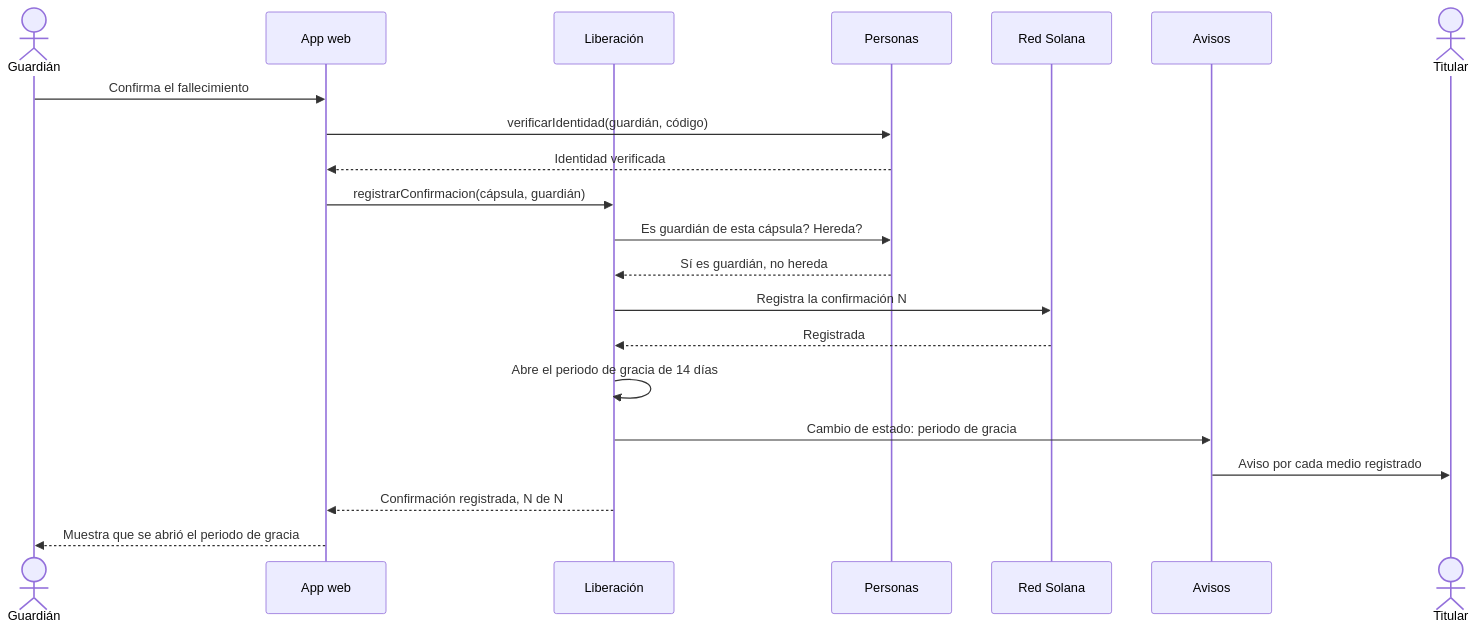
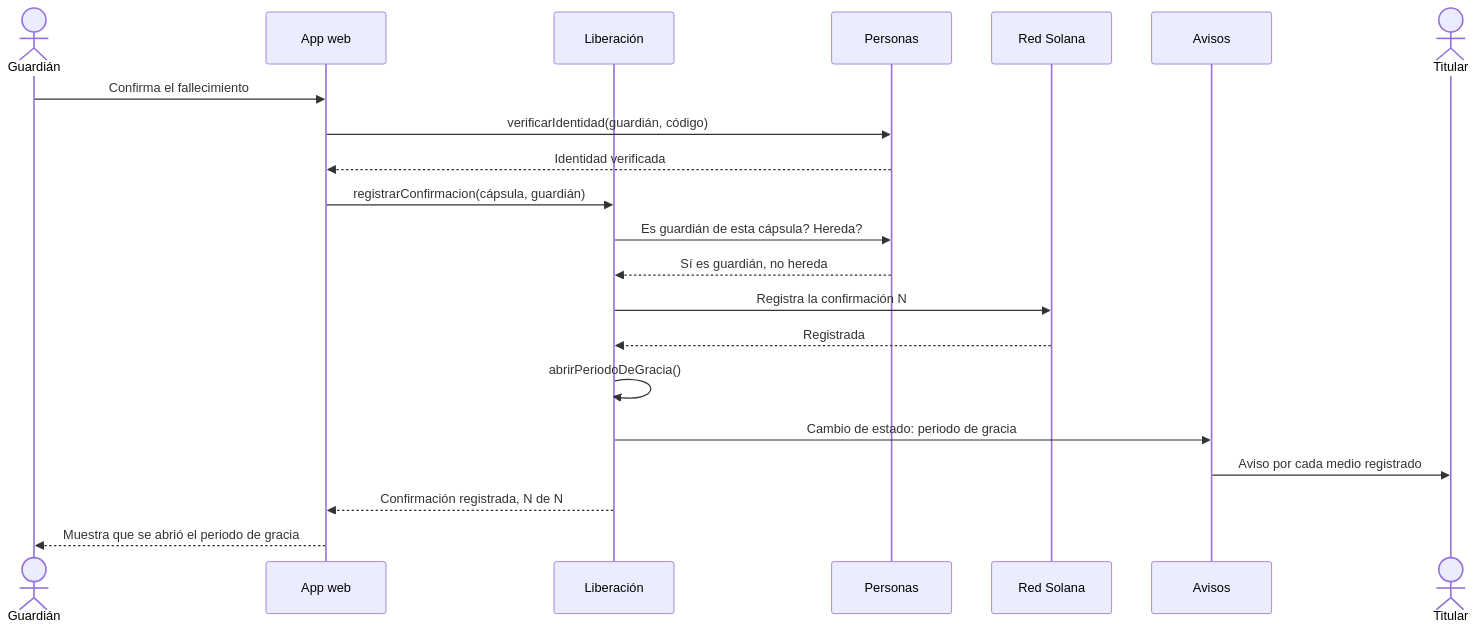
One commit to ecapri-dev/memorium changed the fifth of 8 diagrams in doc/arch/diagramas.md. Above: the diagram before and after it, drawn with Mermaid. The commit also changed other lines of this file, not shown here.

Commit message:
Completa el diagrama de clases y su concordancia con la secuencia

````diff
--- a/doc/arch/diagramas.md
+++ b/doc/arch/diagramas.md
@@ -171,24 +171,24 @@
 ```mermaid
 sequenceDiagram
     actor G as Guardián
     participant Web as App web
     participant Lib as Liberación
     participant Per as Personas
     participant Red as Red Solana
     participant Avi as Avisos
     actor T as Titular
 
     G->>Web: Confirma el fallecimiento
     Web->>Per: verificarIdentidad(guardián, código)
     Per-->>Web: Identidad verificada
     Web->>Lib: registrarConfirmacion(cápsula, guardián)
     Lib->>Per: Es guardián de esta cápsula? Hereda?
     Per-->>Lib: Sí es guardián, no hereda
     Lib->>Red: Registra la confirmación N
     Red-->>Lib: Registrada
-    Lib->>Lib: Abre el periodo de gracia de 14 días
+    Lib->>Lib: abrirPeriodoDeGracia()
     Lib->>Avi: Cambio de estado: periodo de gracia
     Avi->>T: Aviso por cada medio registrado
     Lib-->>Web: Confirmación registrada, N de N
     Web-->>G: Muestra que se abrió el periodo de gracia
 ```
````
